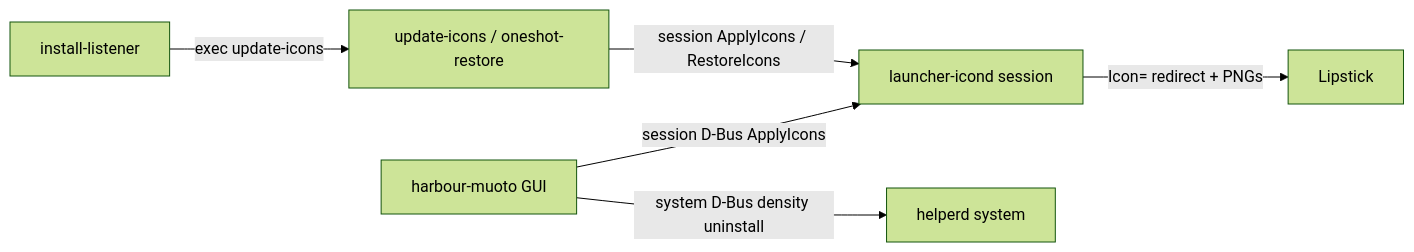
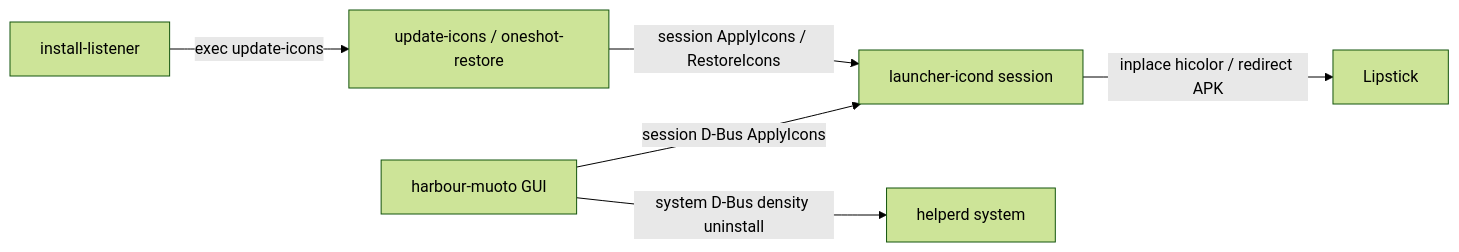
The diagram in docs/devel/architecture.md (uithemer/harbour-muoto), drawn with Mermaid (forest theme) before and after one commit. The commit also changed other lines of this file and 4 other files, not shown here.

````diff
--- a/docs/devel/architecture.md
+++ b/docs/devel/architecture.md
@@ -14,15 +14,15 @@
 ```mermaid
 flowchart LR
   GUI[harbour-muoto GUI]
   IC[launcher-icond session]
   HD[helperd system]
   IL[install-listener]
   UI[update-icons / oneshot-restore]
   L[Lipstick]
 
   GUI -->|session D-Bus ApplyIcons| IC
   GUI -->|system D-Bus density uninstall| HD
   IL -->|exec update-icons| UI
   UI -->|session ApplyIcons / RestoreIcons| IC
-  IC -->|Icon= redirect + PNGs| L
+  IC -->|inplace hicolor / redirect APK| L
 ```
````
